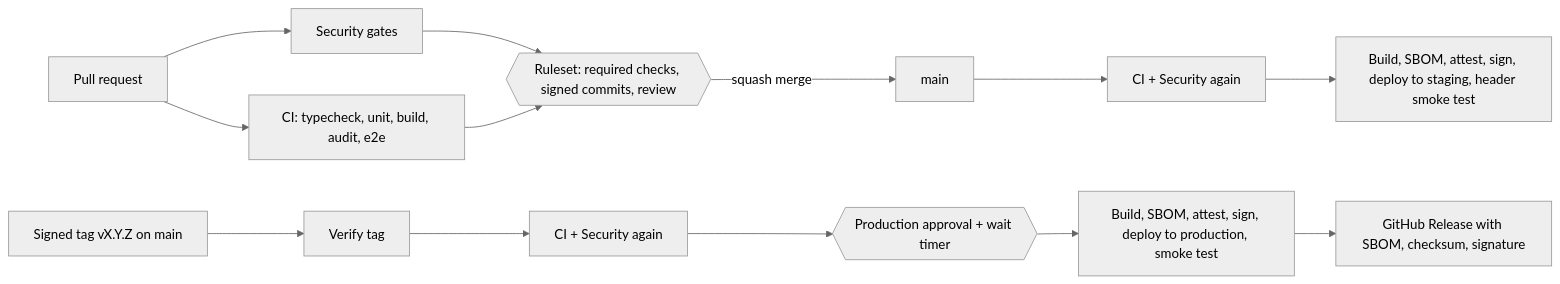
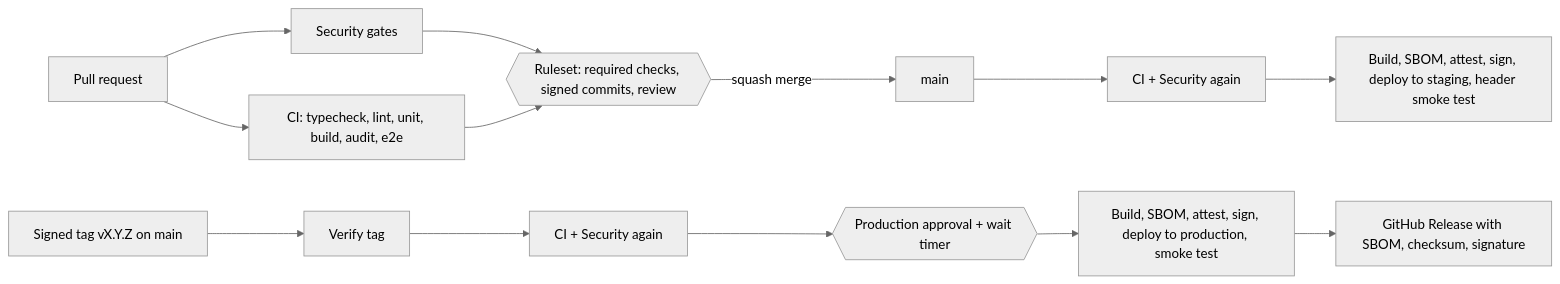
One commit to ShahidCS/Selvara changed the diagram in docs/security/PIPELINE.md. Above: the diagram before and after it, drawn with Mermaid (neutral theme). The commit also changed other lines of this file and 3 other files, not shown here.

````diff
--- a/docs/security/PIPELINE.md
+++ b/docs/security/PIPELINE.md
@@ -11,15 +11,15 @@
 ```mermaid
 flowchart LR
-  PR[Pull request] --> CI[CI: typecheck, unit, build, audit, e2e]
+  PR[Pull request] --> CI[CI: typecheck, lint, unit, build, audit, e2e]
   PR --> SEC[Security gates]
   SEC --> RS{{Ruleset: required checks, signed commits, review}}
   CI --> RS
   RS -->|squash merge| MAIN[main]
   MAIN --> CI2[CI + Security again]
   CI2 --> STG[Build, SBOM, attest, sign, deploy to staging, header smoke test]
   TAG[Signed tag vX.Y.Z on main] --> VT[Verify tag]
   VT --> CI3[CI + Security again]
   CI3 --> APPROVE{{Production approval + wait timer}}
   APPROVE --> PRD[Build, SBOM, attest, sign, deploy to production, smoke test]
   PRD --> REL[GitHub Release with SBOM, checksum, signature]
 ```
````
